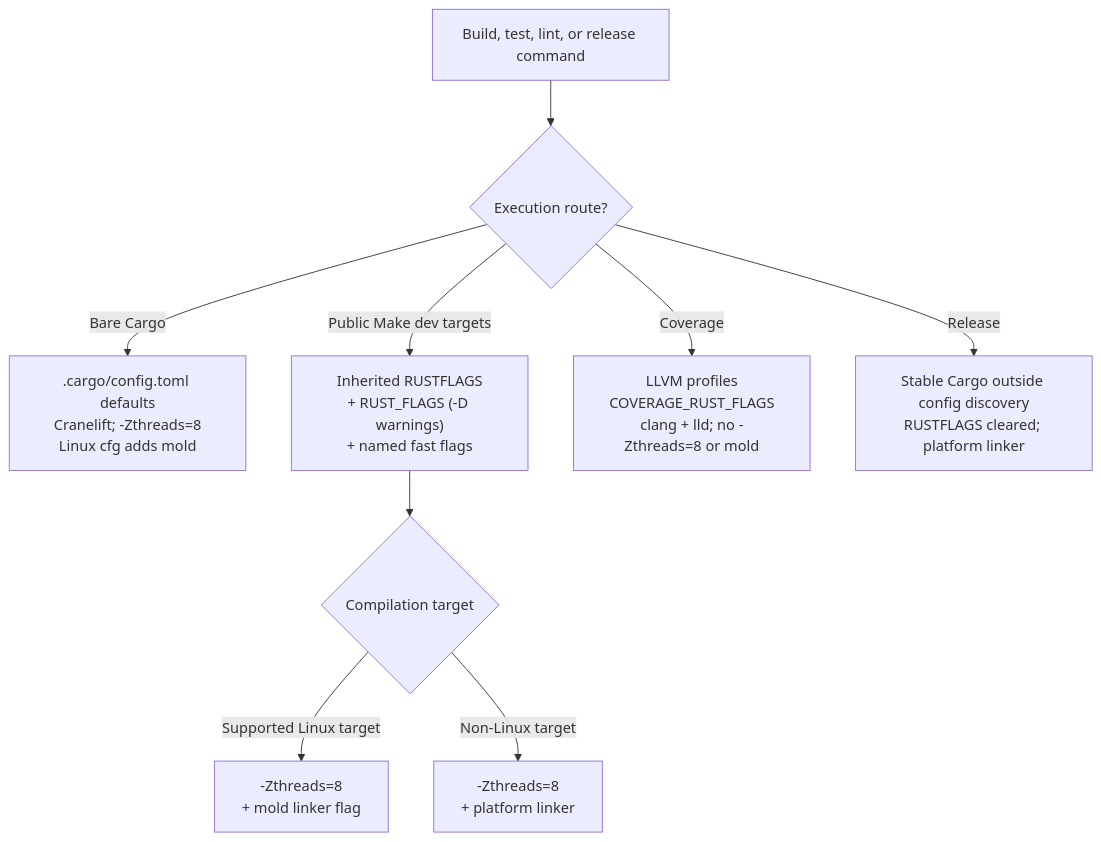
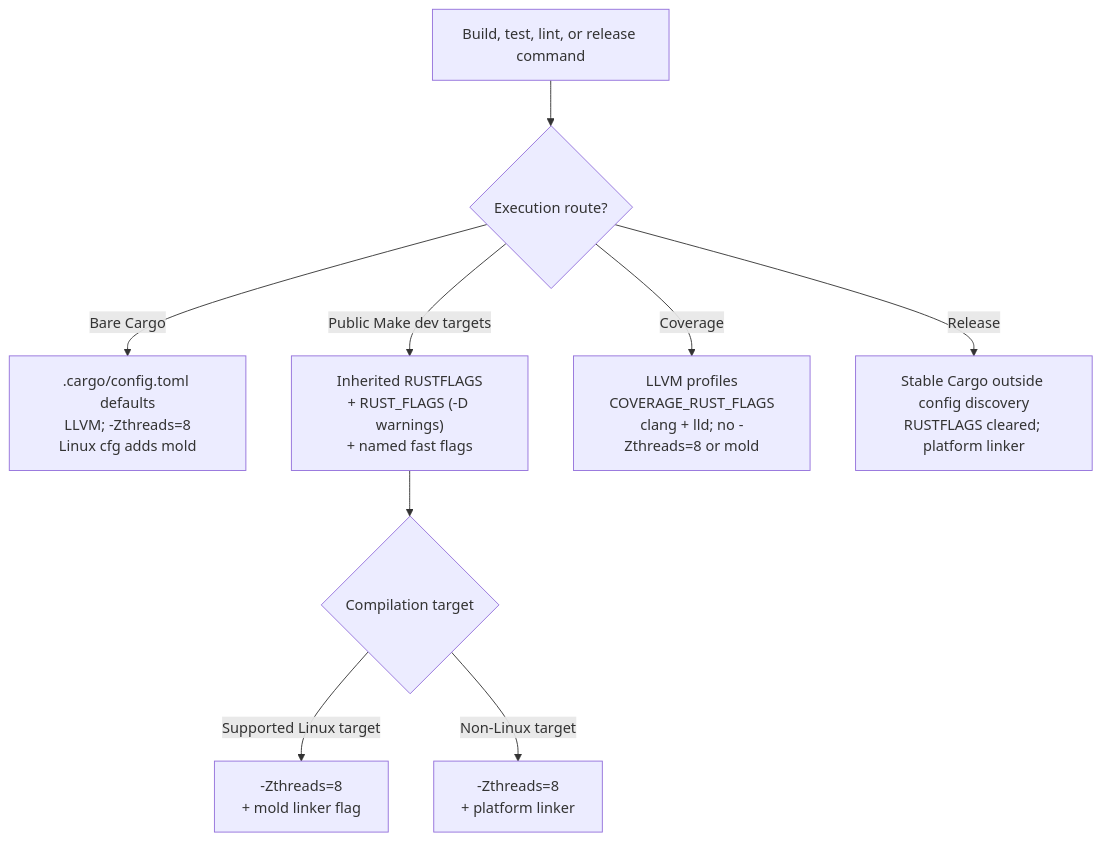
Before and after one commit to leynos/cabochon: the diagram in docs/developers-guide.md, drawn with Mermaid. The commit also changed other lines of this file and 10 other files, not shown here.

````diff
--- a/docs/developers-guide.md
+++ b/docs/developers-guide.md
@@ -232,11 +234,11 @@
 ```mermaid
 flowchart TD
     start["Build, test, lint, or release command"] --> route{"Execution route?"}
-    route -->|"Bare Cargo"| config[".cargo/config.toml defaults<br/>Cranelift; -Zthreads=8<br/>Linux cfg adds mold"]
+    route -->|"Bare Cargo"| config[".cargo/config.toml defaults<br/>LLVM; -Zthreads=8<br/>Linux cfg adds mold"]
     route -->|"Public Make dev targets"| compose["Inherited RUSTFLAGS<br/>+ RUST_FLAGS (-D warnings)<br/>+ named fast flags"]
     compose --> target{"Compilation target"}
     target -->|"Supported Linux target"| mold["-Zthreads=8<br/>+ mold linker flag"]
     target -->|"Non-Linux target"| platform["-Zthreads=8<br/>+ platform linker"]
     route -->|"Coverage"| cov["LLVM profiles<br/>COVERAGE_RUST_FLAGS<br/>clang + lld; no -Zthreads=8 or mold"]
     route -->|"Release"| stable["Stable Cargo outside config discovery<br/>RUSTFLAGS cleared; platform linker"]
 ```
````
